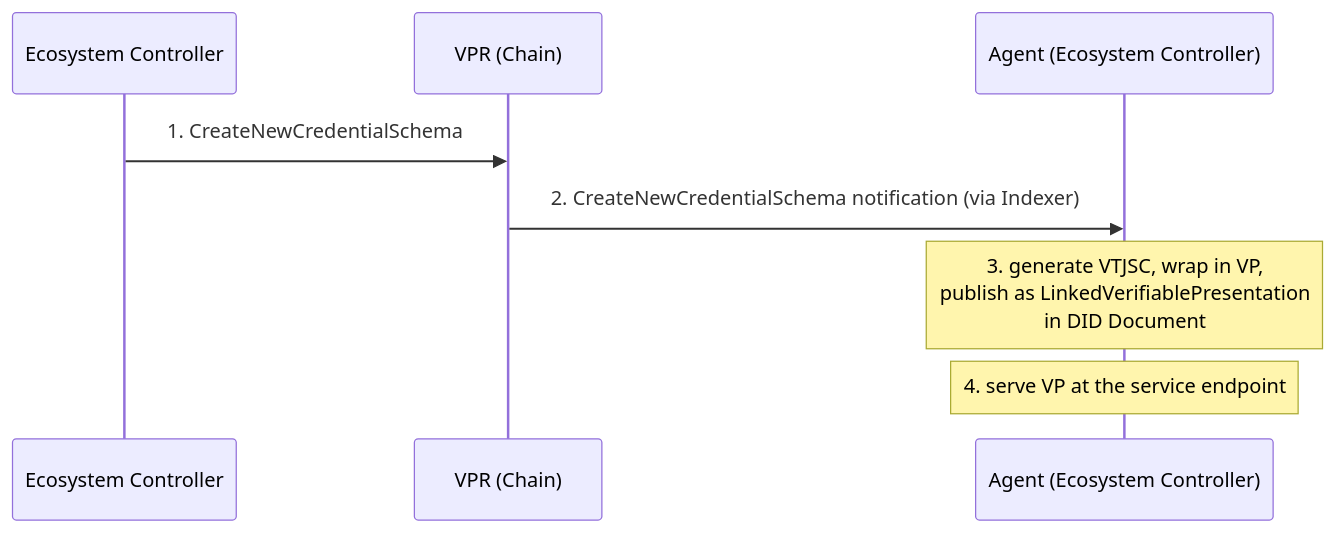
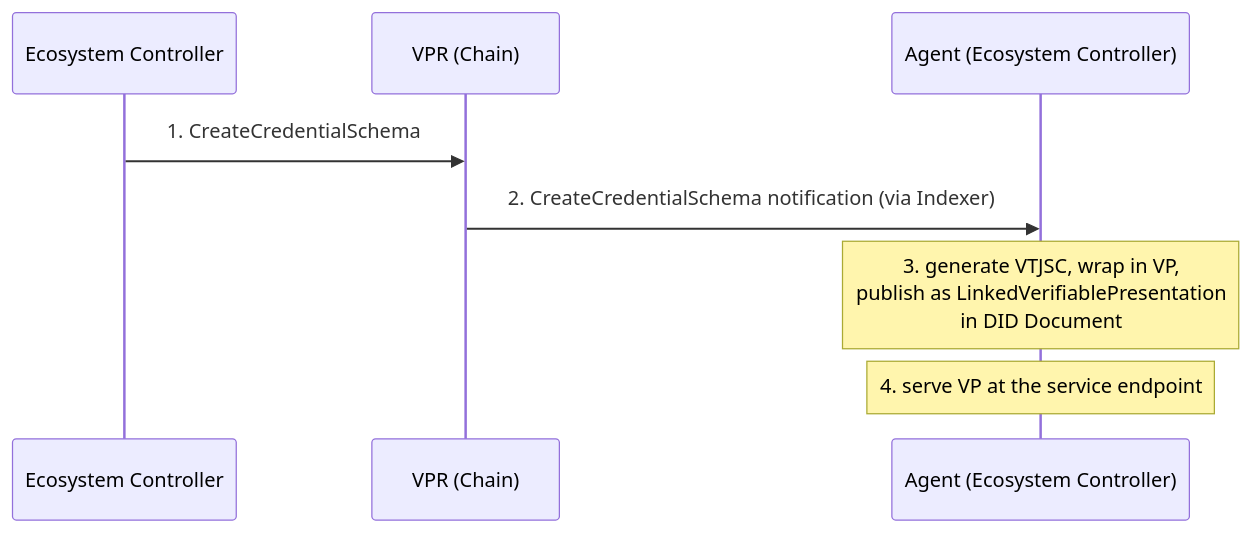
One commit to verana-labs/verana-spec changed the third of 9 diagrams in v4/vs-agent/spec.md. Above: the diagram before and after it, drawn with Mermaid. The commit also changed other lines of this file and 2 other files, not shown here.

First line of the commit message:
fix(v4): align create-method names and event types with the ledger (#73)

````diff
--- a/v4/vs-agent/spec.md
+++ b/v4/vs-agent/spec.md
@@ -494,11 +494,11 @@
 ```mermaid
 sequenceDiagram
     participant EC as Ecosystem Controller
     participant VPR as VPR (Chain)
     participant Agent as Agent (Ecosystem Controller)
 
-    EC->>VPR: 1. CreateNewCredentialSchema
-    VPR->>Agent: 2. CreateNewCredentialSchema notification (via Indexer)
+    EC->>VPR: 1. CreateCredentialSchema
+    VPR->>Agent: 2. CreateCredentialSchema notification (via Indexer)
     Note over Agent: 3. generate VTJSC, wrap in VP,<br/>publish as LinkedVerifiablePresentation<br/>in DID Document
     Note over Agent: 4. serve VP at the service endpoint
 ```
````
